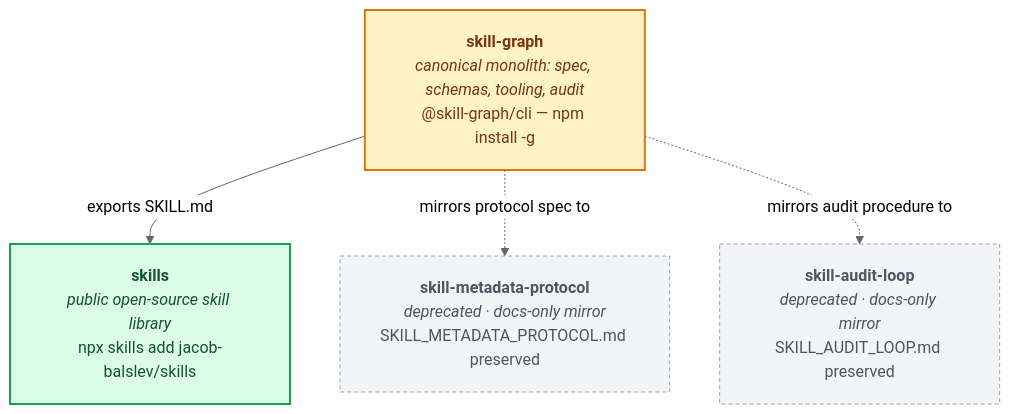
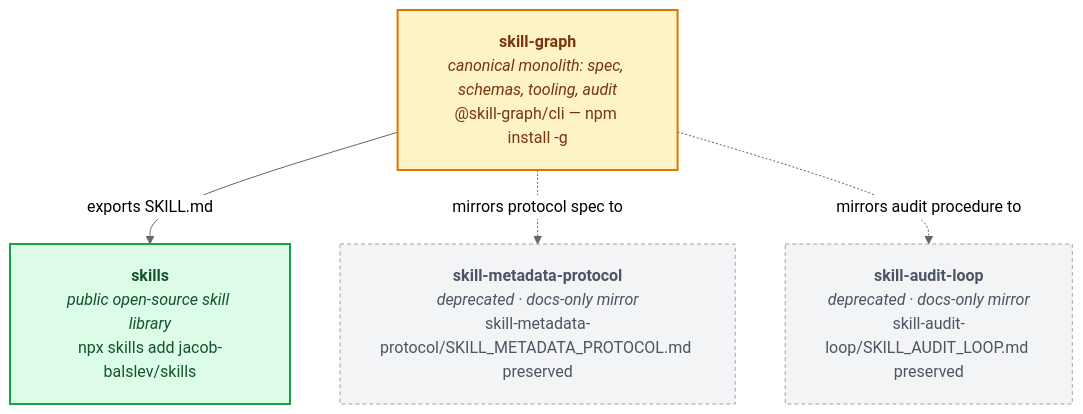
One commit to jacob-balslev/skill-graph changed the diagram in README.md. Above: the diagram before and after it, drawn with Mermaid. The commit also changed other lines of this file and 59 other files, not shown here.

````diff
--- a/README.md
+++ b/README.md
@@ -33,17 +47,17 @@
 ```mermaid
 %%{init: {'theme':'neutral','flowchart':{'curve':'basis','padding':20}}}%%
 graph TD
   G["<b>skill-graph</b><br/><i>canonical monolith: spec, schemas, tooling, audit</i><br/>@skill-graph/cli — npm install -g"]
   L["<b>skills</b><br/><i>public open-source skill library</i><br/>npx skills add jacob-balslev/skills"]
-  P["<b>skill-metadata-protocol</b><br/><i>deprecated · docs-only mirror</i><br/>SKILL_METADATA_PROTOCOL.md preserved"]
-  A["<b>skill-audit-loop</b><br/><i>deprecated · docs-only mirror</i><br/>SKILL_AUDIT_LOOP.md preserved"]
+  P["<b>skill-metadata-protocol</b><br/><i>deprecated · docs-only mirror</i><br/>skill-metadata-protocol/SKILL_METADATA_PROTOCOL.md preserved"]
+  A["<b>skill-audit-loop</b><br/><i>deprecated · docs-only mirror</i><br/>skill-audit-loop/SKILL_AUDIT_LOOP.md preserved"]
   G -->|exports SKILL.md| L
   G -. mirrors protocol spec to .-> P
   G -. mirrors audit procedure to .-> A
   classDef active fill:#dcfce7,stroke:#16a34a,stroke-width:2px,color:#14532d;
   classDef tool fill:#fef3c7,stroke:#d97706,stroke-width:2px,color:#78350f;
   classDef mirror fill:#f3f4f6,stroke:#9ca3af,stroke-width:1px,color:#4b5563,stroke-dasharray:4 3;
   class G tool;
   class L active;
   class P,A mirror;
 ```
````
